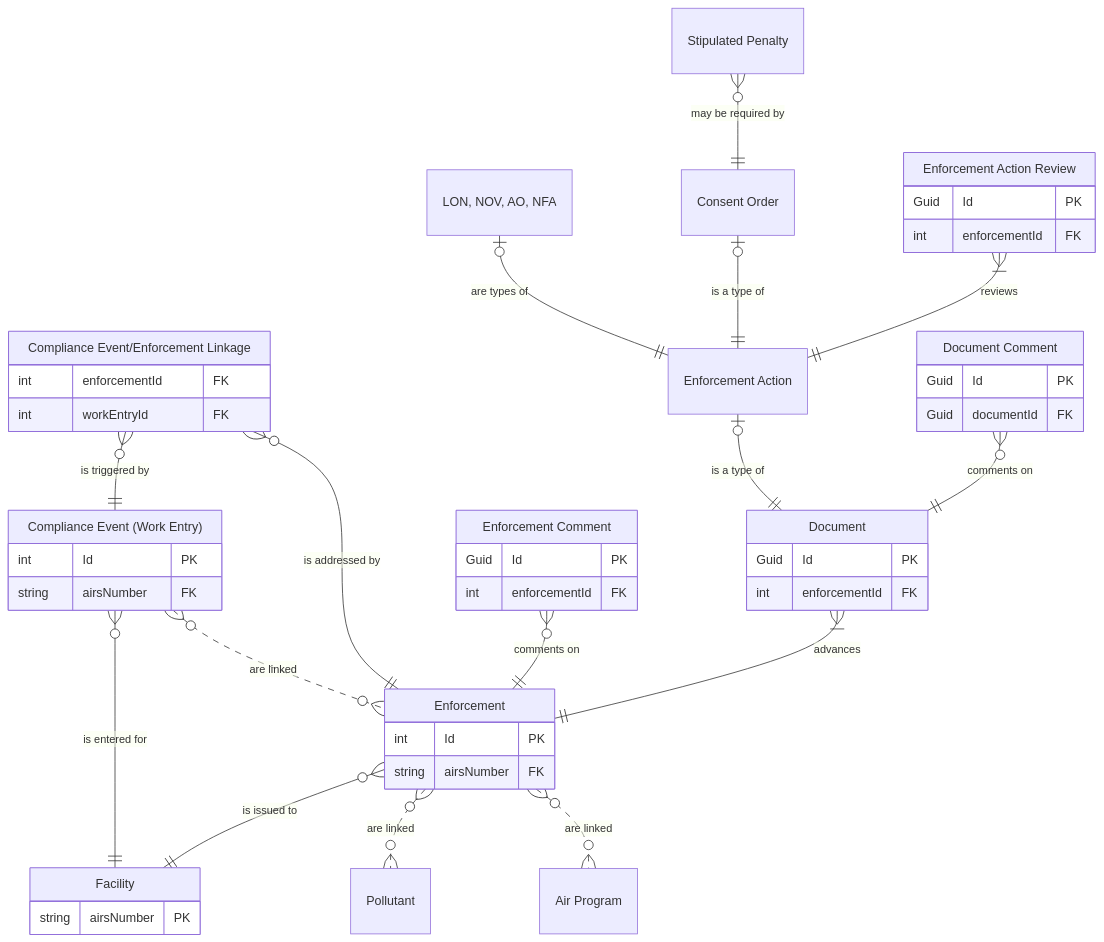
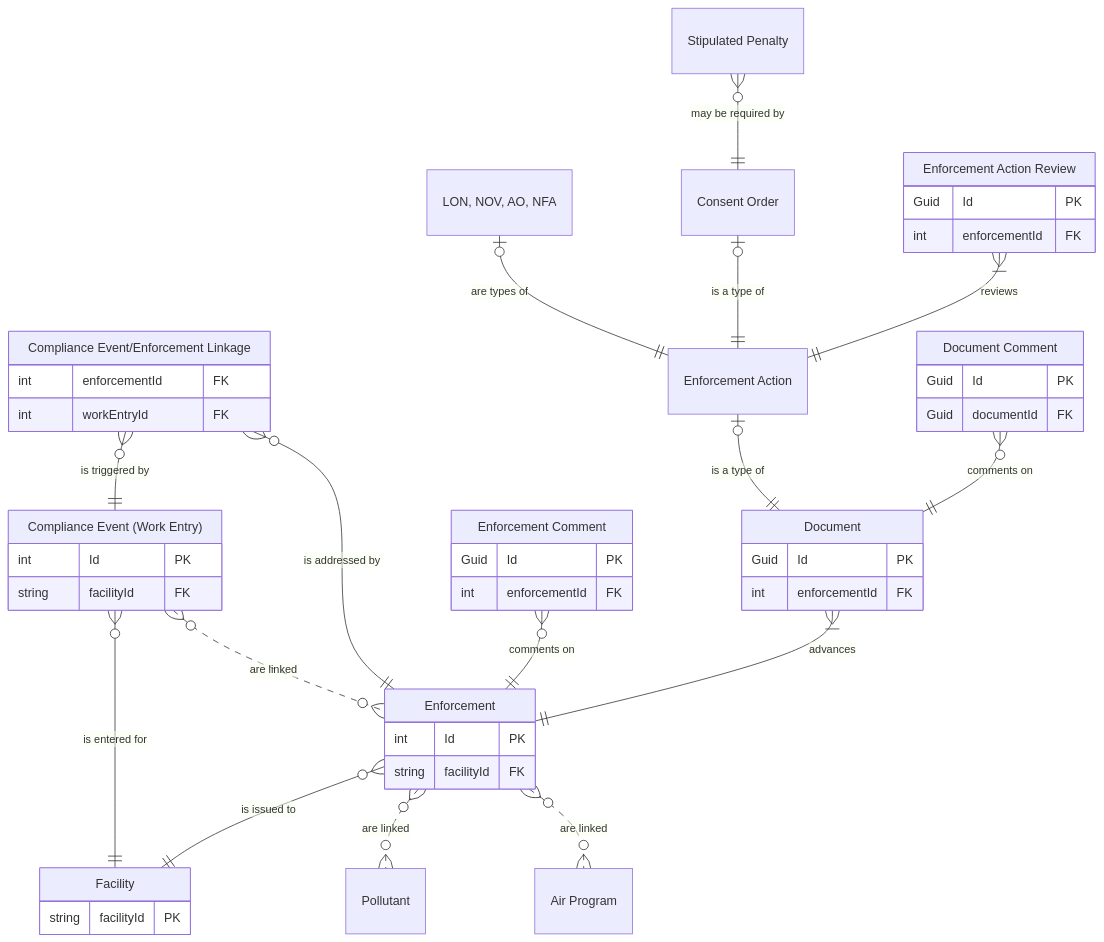
Before and after one commit to gaepdit/air-web: the second of 2 diagrams in docs/Workflows/Enforcement-workflow.md, drawn with Mermaid. The commit also changed 1 other file, not shown here.

Commit message:
Rename facility ID in ERDs

````diff
--- a/docs/Workflows/Enforcement-workflow.md
+++ b/docs/Workflows/Enforcement-workflow.md
@@ -115,72 +115,72 @@
 ```mermaid
 erDiagram
     FAC["Facility"] {
-        string airsNumber PK
+        string facilityId PK
     }
 
     CWE["Compliance Event (Work Entry)"] {
         int Id PK
-        string airsNumber FK
+        string facilityId FK
     }
 
     ENF["Enforcement"] {
         int Id PK
-        string airsNumber FK
+        string facilityId FK
     }
 
     LNK["Compliance Event/Enforcement Linkage"] {
         int enforcementId FK
         int workEntryId FK
     }
 
     CTE["Enforcement Comment"] {
         Guid Id PK
         int enforcementId FK
     }
 
     DOC["Document"] {
         Guid Id PK
         int enforcementId FK
     }
 
     ACT["Enforcement Action"]
 
     REV["Enforcement Action Review"] {
         Guid Id PK
         int enforcementId FK
     }
 
     CTA["Document Comment"] {
         Guid Id PK
         Guid documentId FK
     }
 
     EAO["LON, NOV, AO, NFA"]
     CO["Consent Order"]
     POL["Pollutant"]
     PGM["Air Program"]
     STP["Stipulated Penalty"]
 
     CWE }o--|| FAC: "is entered for"
     ENF }o--|| FAC: "is issued to"
 
     CWE }o..o{ ENF: "are linked"
     LNK }o--|| CWE: "is triggered by"
     LNK }o--|| ENF: "is addressed by"
 
     CTE }o--|| ENF: "comments on"
     DOC }|--|| ENF: "advances"
     ACT |o--|| DOC: "is a type of"
 
     ENF }o..o{ POL: "are linked"
     ENF }o..o{ PGM: "are linked"
 
     EAO |o--|| ACT: "are types of"
     CO |o--|| ACT: "is a type of"
     REV }|--|| ACT: "reviews"
     
     CTA }o--|| DOC: "comments on"
 
     STP }o--|| CO: "may be required by"
 
 ```
````
